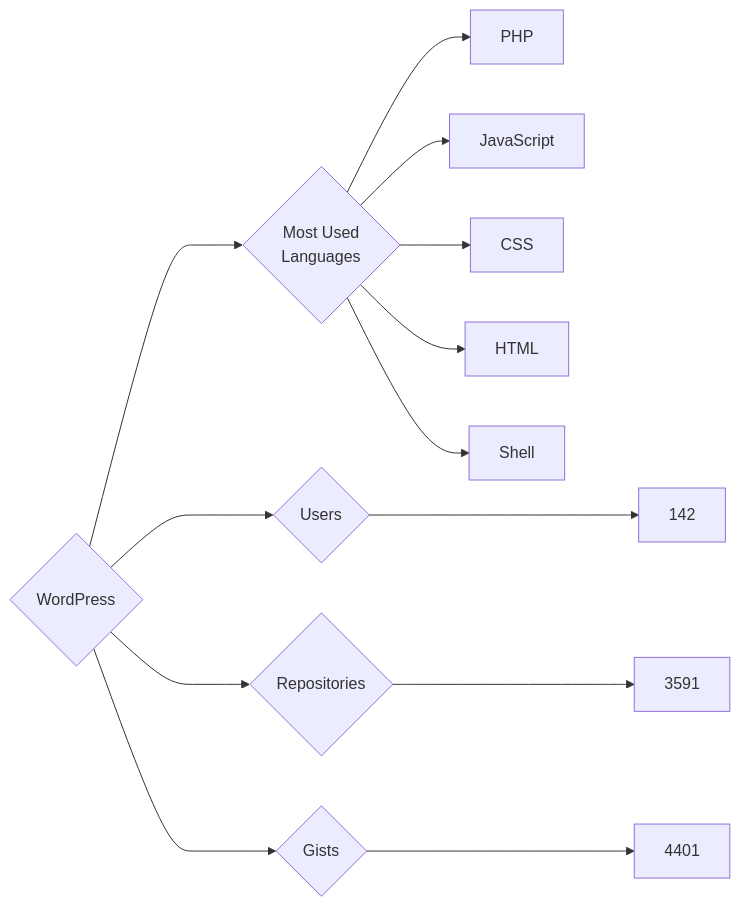
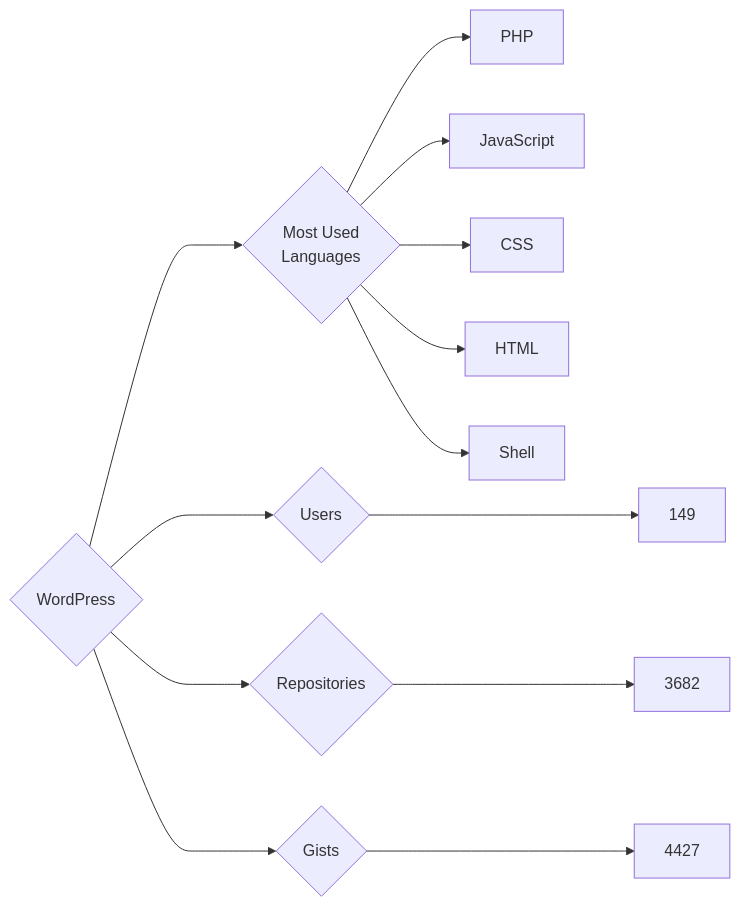
The diagram in targets/WordPress/README.md (trickest/insiders), drawn with Mermaid before and after one commit. The commit also changed 1484 other files, not shown here.

````diff
--- a/targets/WordPress/README.md
+++ b/targets/WordPress/README.md
@@ -3,13 +3,13 @@
 ```mermaid
 graph LR
 COMPANY_NAME{WordPress}
-COMPANY_NAME ---> U{Users} ---> UN[142]
-COMPANY_NAME ---> R{Repositories} ---> RN[3591]
-COMPANY_NAME ---> G{Gists} ---> GN[4401]
+COMPANY_NAME ---> U{Users} ---> UN[149]
+COMPANY_NAME ---> R{Repositories} ---> RN[3682]
+COMPANY_NAME ---> G{Gists} ---> GN[4427]
 COMPANY_NAME ---> ML{Most Used<br>Languages}
 ML --> PHP[PHP]
 ML --> JavaScript[JavaScript]
 ML --> CSS[CSS]
 ML --> HTML[HTML]
 ML --> Shell[Shell]
 ```
````
